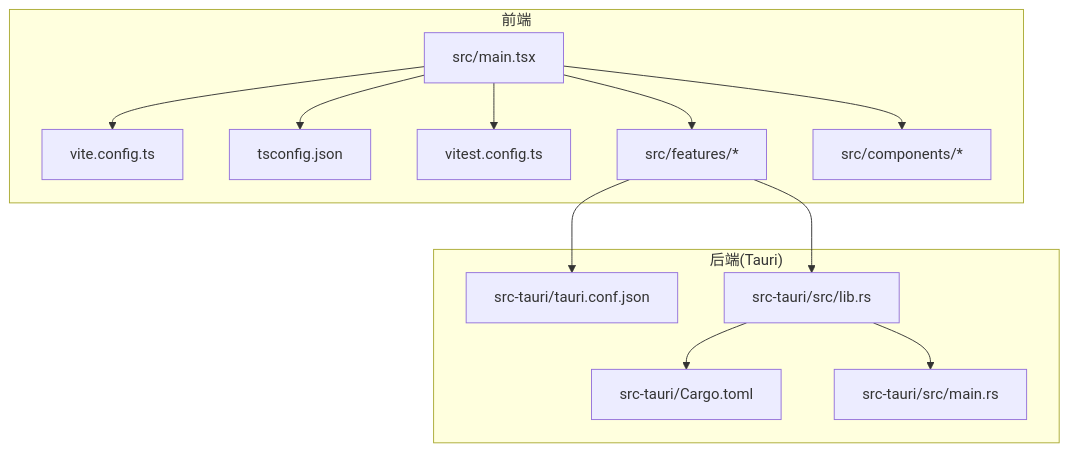
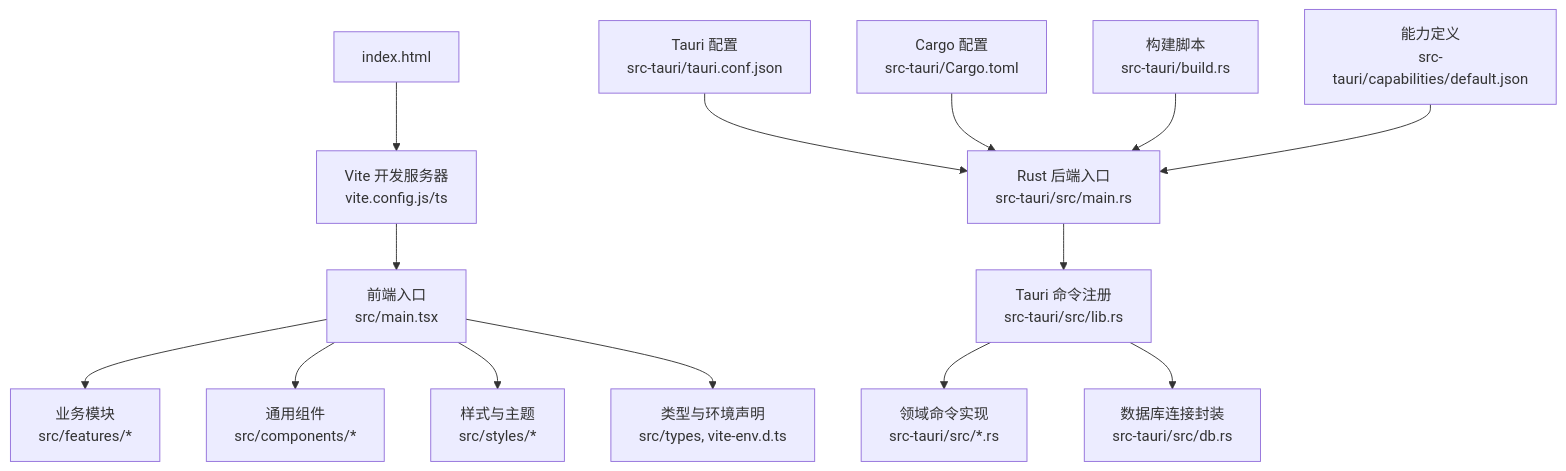
The first of 5 diagrams in .qoder/repowiki/zh/content/开发指南/开发流程.md (gzdxhujiale/FishWorker), drawn with Mermaid before and after one commit. The commit also changed other lines of this file and 238 other files, not shown here.

````diff
--- a/.qoder/repowiki/zh/content/开发指南/开发流程.md
+++ b/.qoder/repowiki/zh/content/开发指南/开发流程.md
@@ -41,26 +46,16 @@
 ```mermaid
 graph TB
-subgraph "前端"
-FE_Main["src/main.tsx"]
-FE_Vite["vite.config.ts"]
-FE_TS["tsconfig.json"]
-FE_Test["vitest.config.ts"]
-FE_Features["src/features/*"]
-FE_Components["src/components/*"]
-end
-subgraph "后端(Tauri)"
-TA_Conf["src-tauri/tauri.conf.json"]
-TA_Cargo["src-tauri/Cargo.toml"]
-TA_Lib["src-tauri/src/lib.rs"]
-TA_Main["src-tauri/src/main.rs"]
-end
-FE_Main --> FE_Features
-FE_Main --> FE_Components
-FE_Main --> FE_Vite
-FE_Main --> FE_TS
-FE_Main --> FE_Test
-FE_Features --> TA_Conf
-FE_Features --> TA_Lib
-TA_Lib --> TA_Main
-TA_Lib --> TA_Cargo
+A["index.html"] --> B["Vite 开发服务器<br/>vite.config.js/ts"]
+B --> C["前端入口<br/>src/main.tsx"]
+C --> D["业务模块<br/>src/features/*"]
+C --> E["通用组件<br/>src/components/*"]
+C --> F["样式与主题<br/>src/styles/*"]
+C --> G["类型与环境声明<br/>src/types, vite-env.d.ts"]
+H["Tauri 配置<br/>src-tauri/tauri.conf.json"] --> I["Rust 后端入口<br/>src-tauri/src/main.rs"]
+I --> J["Tauri 命令注册<br/>src-tauri/src/lib.rs"]
+J --> K["领域命令实现<br/>src-tauri/src/*.rs"]
+J --> L["数据库连接封装<br/>src-tauri/src/db.rs"]
+M["Cargo 配置<br/>src-tauri/Cargo.toml"] --> I
+N["构建脚本<br/>src-tauri/build.rs"] --> I
+O["能力定义<br/>src-tauri/capabilities/default.json"] --> I
 ```
````
